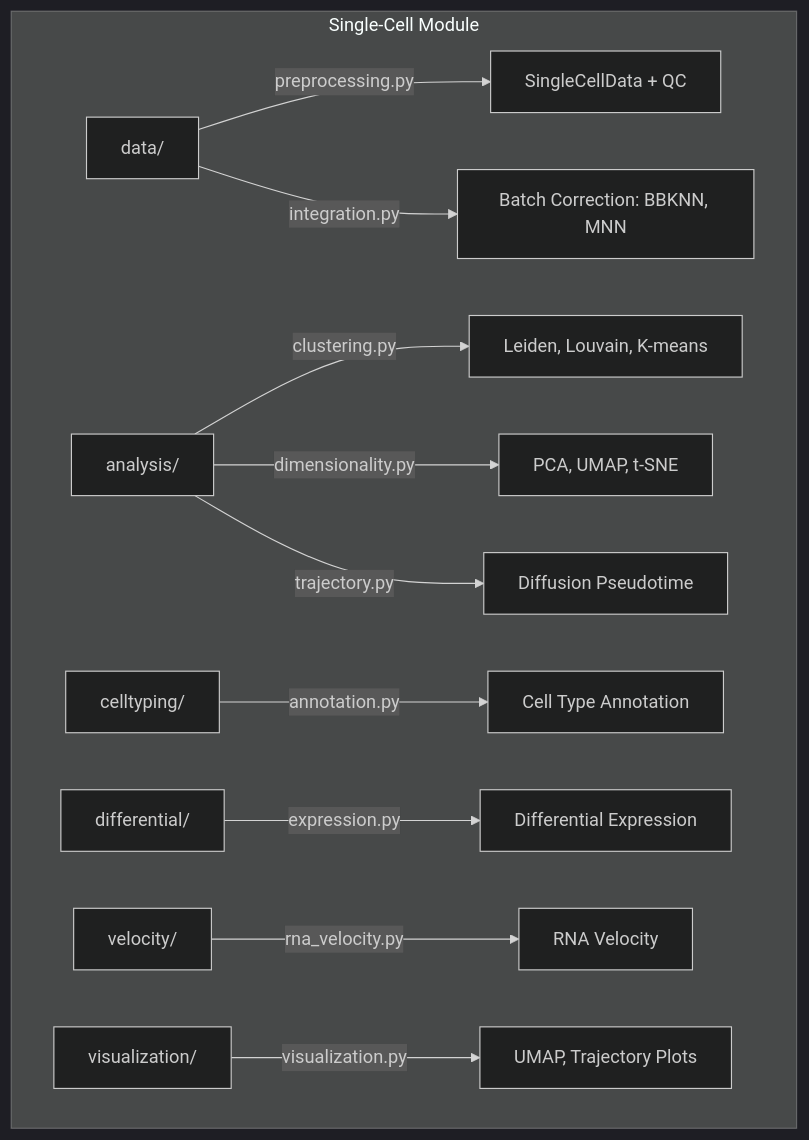
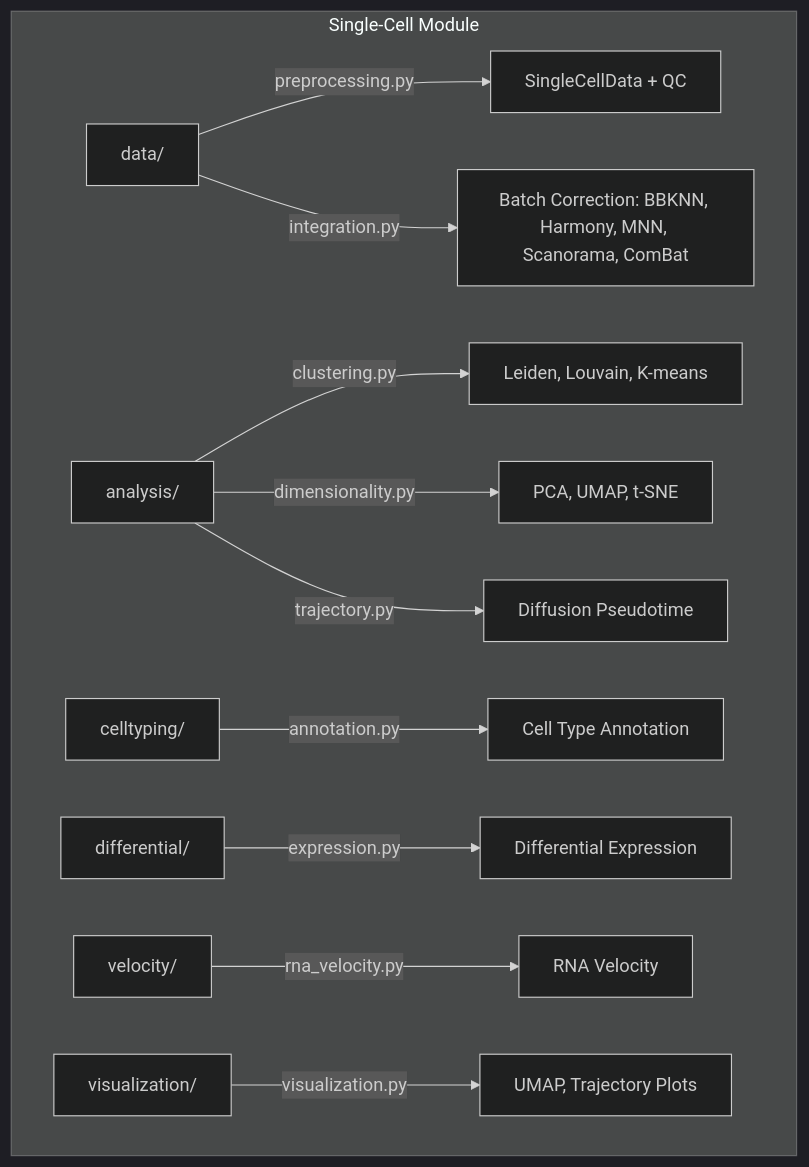
One commit to docxology/MetaInformAnt changed the diagram in src/metainformant/singlecell/README.md. Above: the diagram before and after it, drawn with Mermaid (dark theme). The commit also changed other lines of this file and 529 other files, not shown here.

````diff
--- a/src/metainformant/singlecell/README.md
+++ b/src/metainformant/singlecell/README.md
@@ -23,17 +23,17 @@
 ```mermaid
 graph TD
     subgraph "Single-Cell Module"
         DA[data/] --> |preprocessing.py| SC[SingleCellData + QC]
-        DA --> |integration.py| BI[Batch Correction: BBKNN, MNN]
+        DA --> |integration.py| BI[Batch Correction: BBKNN, Harmony, MNN, Scanorama, ComBat]
 
         AN[analysis/] --> |clustering.py| CL[Leiden, Louvain, K-means]
         AN --> |dimensionality.py| DR[PCA, UMAP, t-SNE]
         AN --> |trajectory.py| TJ[Diffusion Pseudotime]
 
         CT[celltyping/] --> |annotation.py| CA[Cell Type Annotation]
         DE[differential/] --> |expression.py| DX[Differential Expression]
         VE[velocity/] --> |rna_velocity.py| RV[RNA Velocity]
 
         VZ[visualization/] --> |visualization.py| VP[UMAP, Trajectory Plots]
     end
 ```
````
